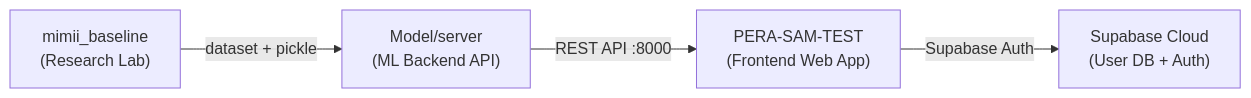
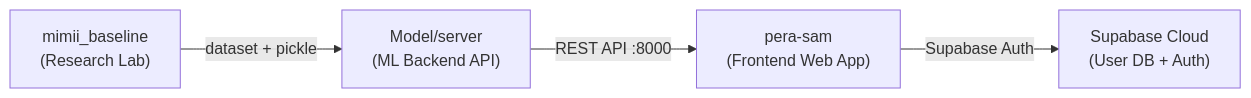
Before and after one commit to zerokali20/e22-co2060-PERA-SAM: the first of 2 diagrams in README.md, drawn with Mermaid. The commit also changed other lines of this file, not shown here.

Commit message:
Rename frontend directory from PERA-SAM-TEST to pera-sam

````diff
--- a/README.md
+++ b/README.md
@@ -31,6 +31,6 @@
 ```mermaid
 graph LR
     A["mimii_baseline<br/>(Research Lab)"] -->|"dataset + pickle"| B["Model/server<br/>(ML Backend API)"]
-    B -->|"REST API :8000"| C["PERA-SAM-TEST<br/>(Frontend Web App)"]
+    B -->|"REST API :8000"| C["pera-sam<br/>(Frontend Web App)"]
     C -->|"Supabase Auth"| D["Supabase Cloud<br/>(User DB + Auth)"]
 ```
````
